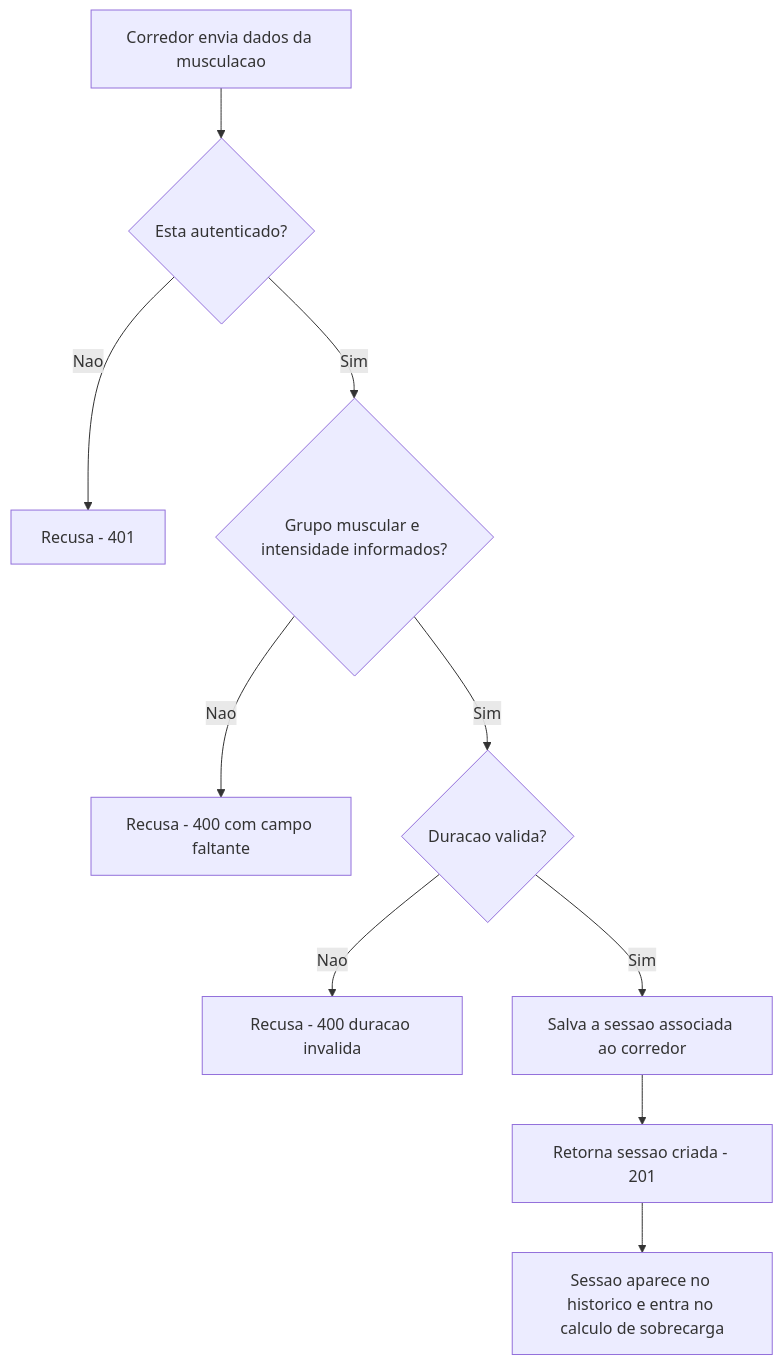
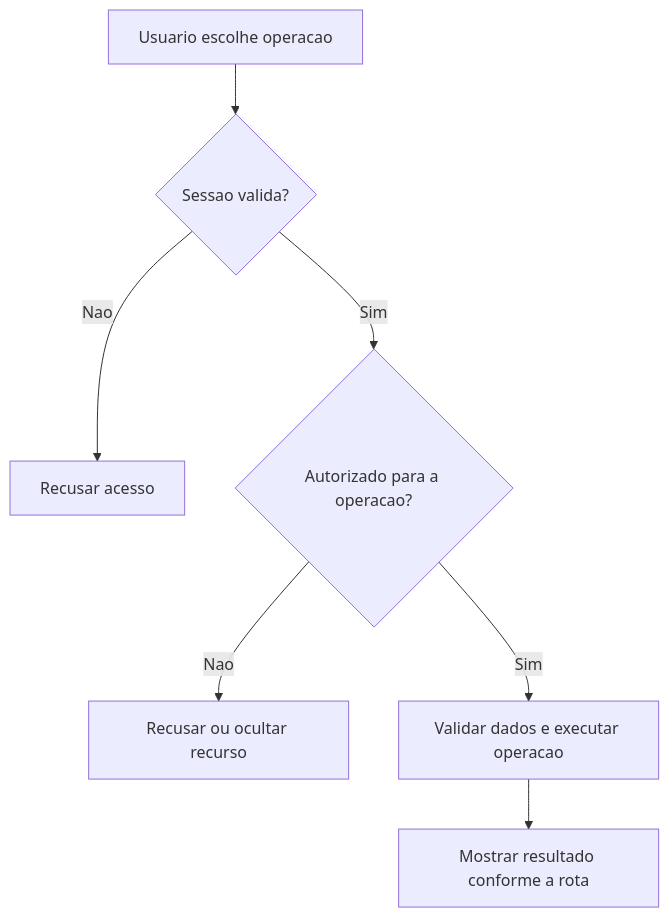
The second of 3 diagrams in DocumentAIReadme/Steady.Api/BusinessRulesDocs/Registro-de-Musculacao-Treino-Forca-Rules.md (JoaoFPedro/steady-ia), drawn with Mermaid before and after one commit. The commit also changed other lines of this file and 318 other files, not shown here.

````diff
--- a/DocumentAIReadme/Steady.Api/BusinessRulesDocs/Registro-de-Musculacao-Treino-Forca-Rules.md
+++ b/DocumentAIReadme/Steady.Api/BusinessRulesDocs/Registro-de-Musculacao-Treino-Forca-Rules.md
@@ -89,12 +98,9 @@
 ```mermaid
 flowchart TD
-    A[Corredor envia dados da musculacao] --> B{Esta autenticado?}
-    B -->|Nao| C[Recusa - 401]
-    B -->|Sim| D{Grupo muscular e intensidade informados?}
-    D -->|Nao| E[Recusa - 400 com campo faltante]
-    D -->|Sim| F{Duracao valida?}
-    F -->|Nao| G[Recusa - 400 duracao invalida]
-    F -->|Sim| H[Salva a sessao associada ao corredor]
-    H --> I[Retorna sessao criada - 201]
-    I --> J[Sessao aparece no historico e entra no calculo de sobrecarga]
+    A[Usuario escolhe operacao] --> B{Sessao valida?}
+    B -->|Nao| C[Recusar acesso]
+    B -->|Sim| D{Autorizado para a operacao?}
+    D -->|Nao| E[Recusar ou ocultar recurso]
+    D -->|Sim| F[Validar dados e executar operacao]
+    F --> G[Mostrar resultado conforme a rota]
 ```
````
